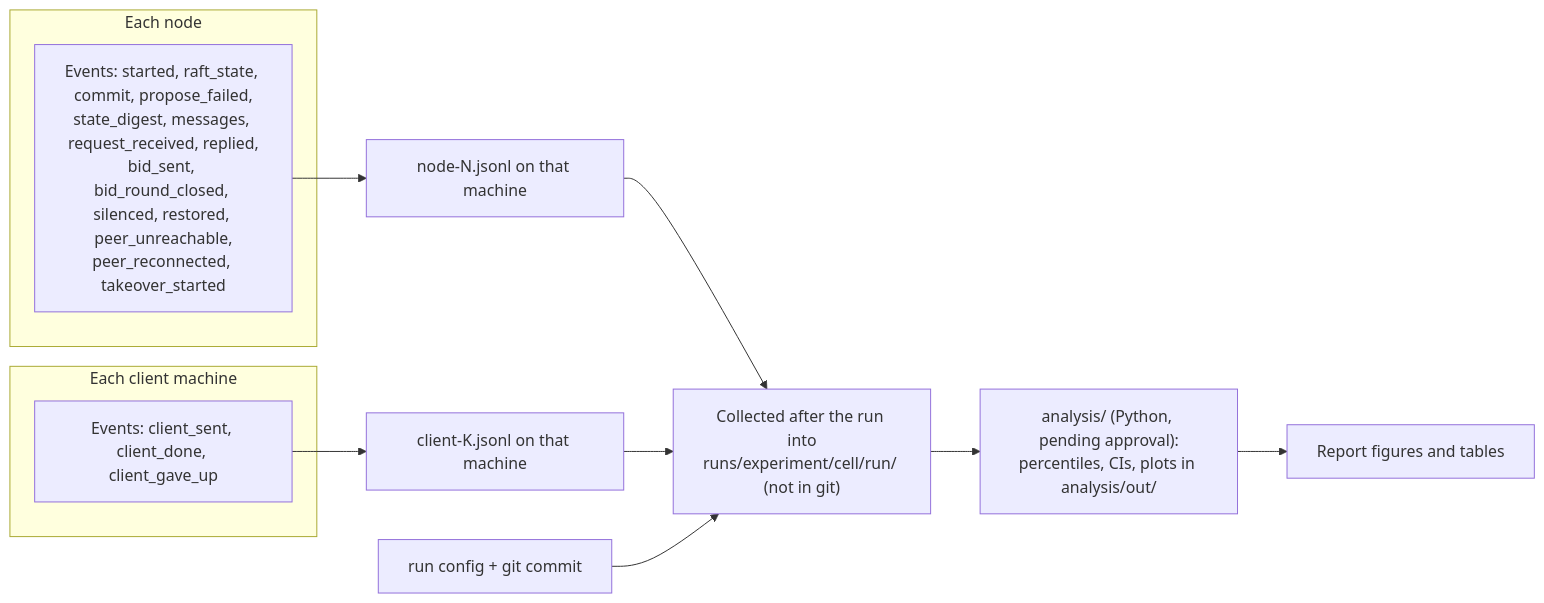
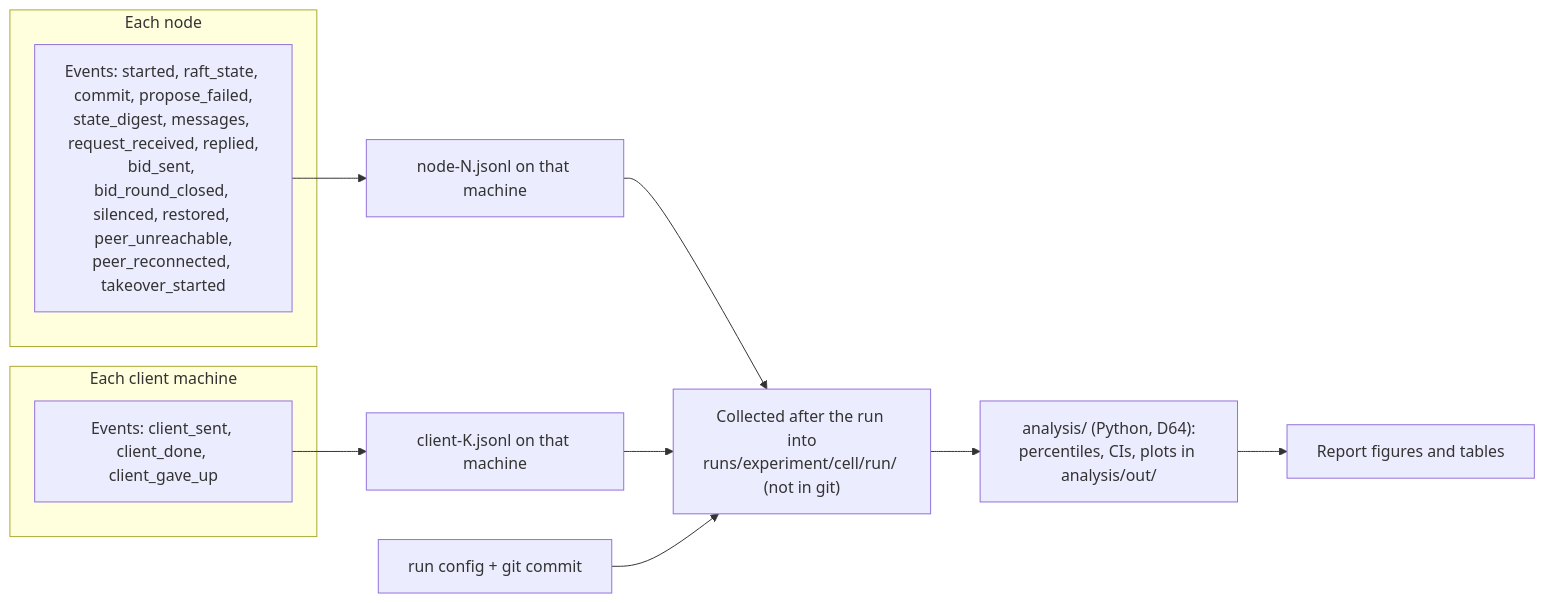
Before and after one commit to noortaytoy1/DistributedSystems: diagram 30 of 31 in docs/architecture.md, drawn with Mermaid. The commit also changed other lines of this file and 5 other files, not shown here.

````diff
--- a/docs/architecture.md
+++ b/docs/architecture.md
@@ -1077,16 +1085,16 @@
 ```mermaid
 flowchart LR
     subgraph NODE["Each node"]
         NE["Events: started, raft_state, commit, propose_failed,<br/>state_digest, messages, request_received, replied,<br/>bid_sent, bid_round_closed, silenced, restored, peer_unreachable,<br/>peer_reconnected, takeover_started"]
     end
     subgraph CLIENT["Each client machine"]
         CE["Events: client_sent, client_done, client_gave_up"]
     end
     NE --> NF["node-N.jsonl on that machine"]
     CE --> CF["client-K.jsonl on that machine"]
     NF --> COL["Collected after the run into<br/>runs/experiment/cell/run/ (not in git)"]
     CF --> COL
     CFG["run config + git commit"] --> COL
-    COL --> AN["analysis/ (Python, pending approval):<br/>percentiles, CIs, plots in analysis/out/"]
+    COL --> AN["analysis/ (Python, D64):<br/>percentiles, CIs, plots in analysis/out/"]
     AN --> REP["Report figures and tables"]
 ```
````
